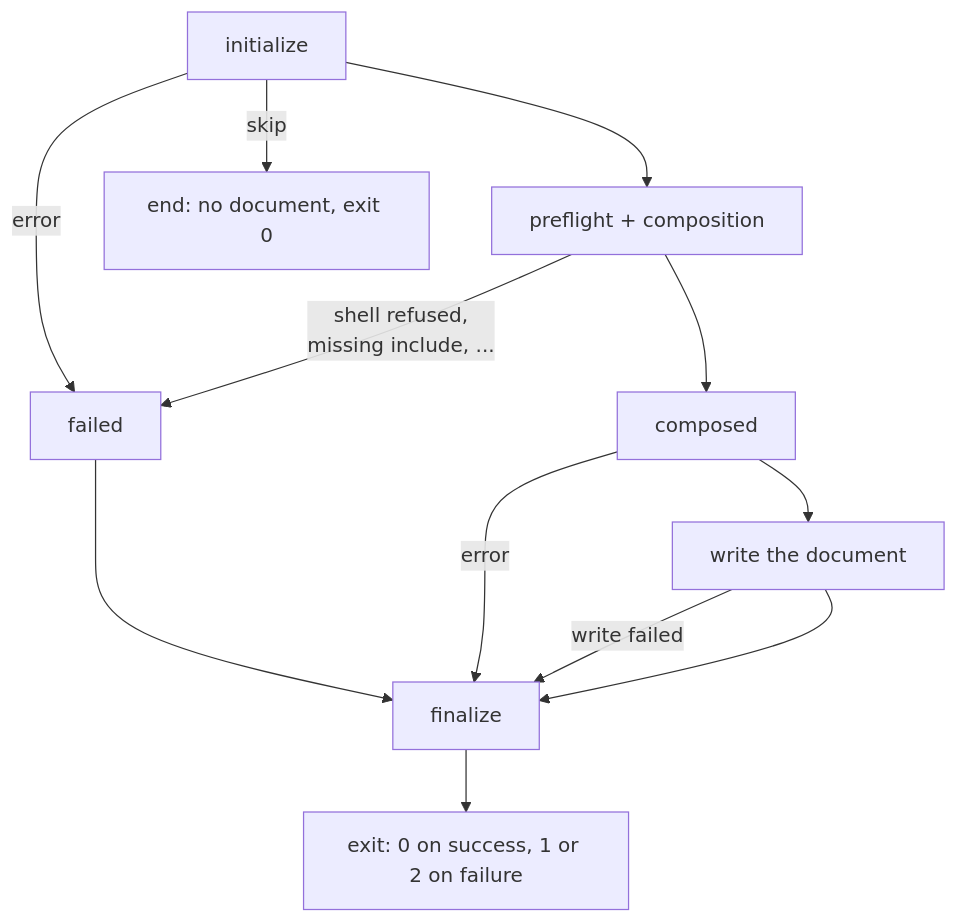
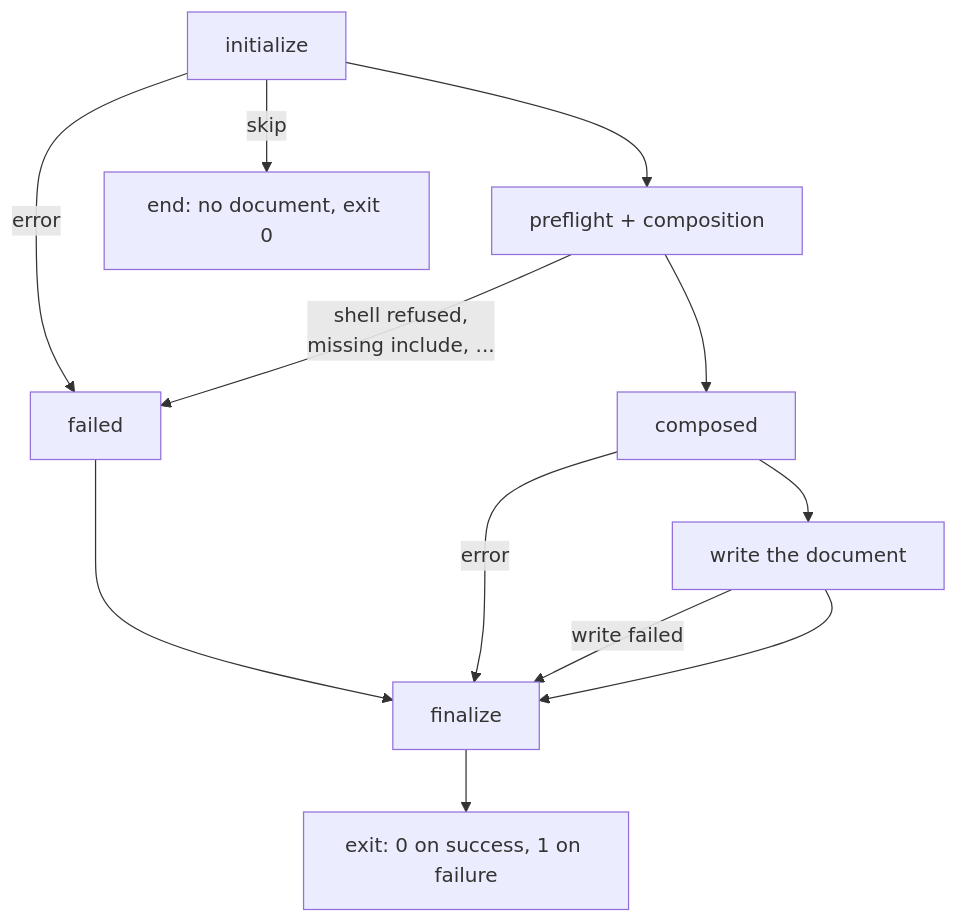
One commit to yankeeinlondon/rusty-biscuit changed the first of 3 diagrams in darkmatter/docs/topics/lifecycle/error-handling.md. Above: the diagram before and after it, drawn with Mermaid. The commit also changed other lines of this file and 57 other files, not shown here.

````diff
--- a/darkmatter/docs/topics/lifecycle/error-handling.md
+++ b/darkmatter/docs/topics/lifecycle/error-handling.md
@@ -29,14 +29,14 @@
 ```mermaid
 flowchart TD
     I[initialize] -->|error| F[failed]
     I -->|skip| S[end: no document, exit 0]
     I --> P[preflight + composition]
     P -->|shell refused,<br/>missing include, ...| F
     P --> C[composed]
     C -->|error| Z
     C --> W[write the document]
     W -->|write failed| Z
     W --> Z[finalize]
     F --> Z
-    Z --> E[exit: 0 on success, 1 or 2 on failure]
+    Z --> E[exit: 0 on success, 1 on failure]
 ```
````
